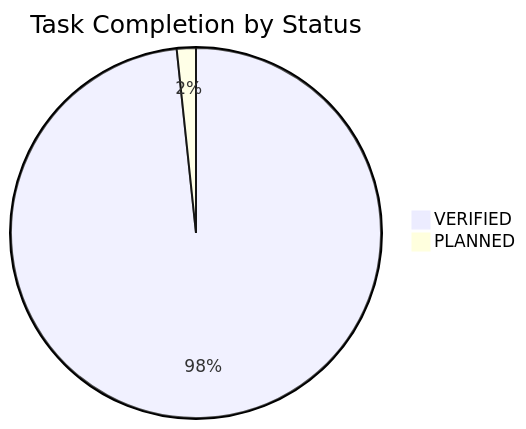
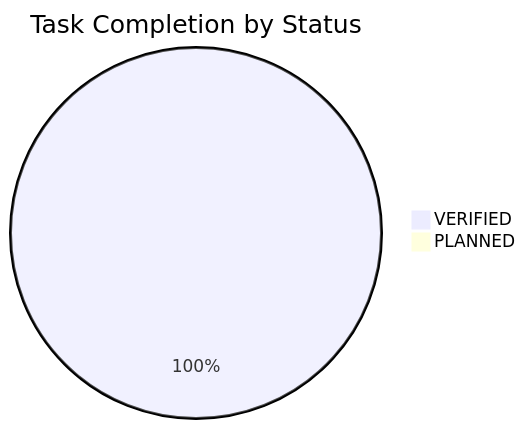
One commit to NguyenTriBaoThang/ClearWayAI changed the diagram in docs/TASK_BOARD.md. Above: the diagram before and after it, drawn with Mermaid. The commit also changed other lines of this file and 13 other files, not shown here.

````diff
--- a/docs/TASK_BOARD.md
+++ b/docs/TASK_BOARD.md
@@ -16,5 +16,5 @@
 ```mermaid
 pie title Task Completion by Status
-    "VERIFIED" : 59
-    "PLANNED" : 1
+    "VERIFIED" : 60
+    "PLANNED" : 0
 ```
````
